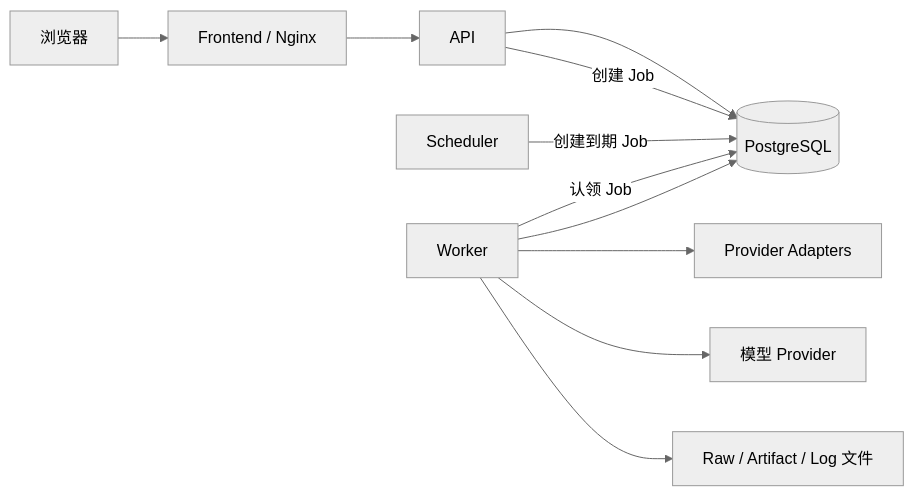
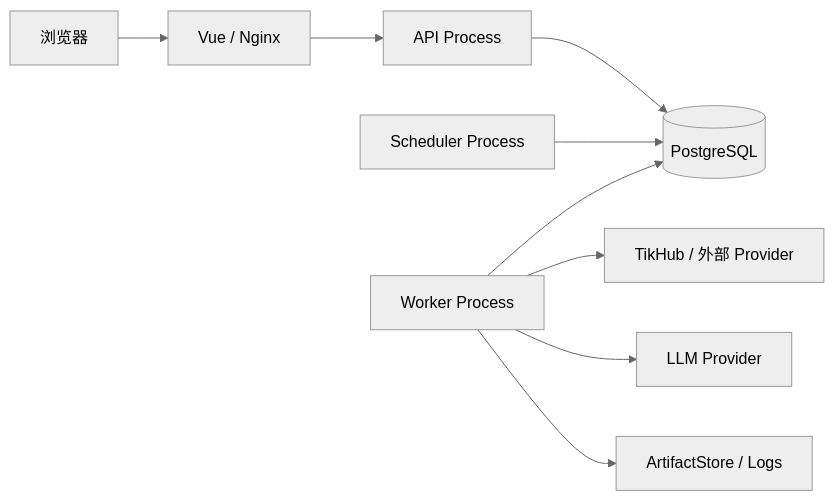
One commit to dingyuwen777/AIMA_UGC changed the diagram in docs/blueprint/01-总体架构与技术选型.md. Above: the diagram before and after it, drawn with Mermaid (neutral theme). The commit also changed other lines of this file, not shown here.

Commit message:
按当前代码校正总体架构蓝图

````diff
--- a/docs/blueprint/01-总体架构与技术选型.md
+++ b/docs/blueprint/01-总体架构与技术选型.md
@@ -142,23 +209,21 @@
 ```mermaid
 flowchart LR
-    User[浏览器]
-    Frontend[Frontend / Nginx]
-    Api[API]
-    Database[(PostgreSQL)]
-    Worker[Worker]
-    Scheduler[Scheduler]
-    Providers[Provider Adapters]
-    LLM[模型 Provider]
-    Files[Raw / Artifact / Log 文件]
+    Browser[浏览器]
+    Frontend[Vue / Nginx]
+    API[API Process]
+    DB[(PostgreSQL)]
+    Worker[Worker Process]
+    Scheduler[Scheduler Process]
+    Provider[TikHub / 外部 Provider]
+    LLM[LLM Provider]
+    Files[ArtifactStore / Logs]
 
-    User --> Frontend
-    Frontend --> Api
-    Api --> Database
-    Api -->|创建 Job| Database
-    Scheduler -->|创建到期 Job| Database
-    Worker -->|认领 Job| Database
-    Worker --> Providers
+    Browser --> Frontend
+    Frontend --> API
+    API --> DB
+    Scheduler --> DB
+    Worker --> DB
+    Worker --> Provider
     Worker --> LLM
     Worker --> Files
-    Worker --> Database
 ```
````
